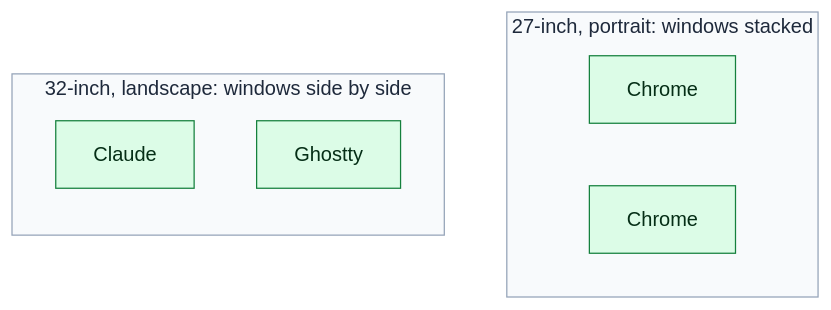
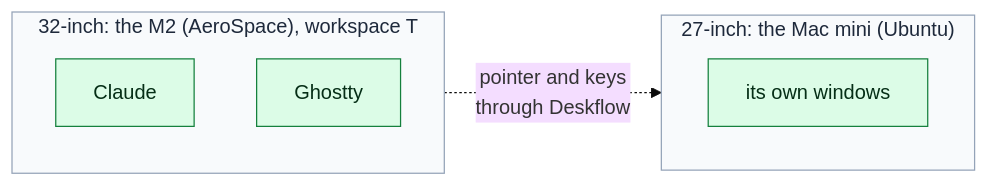
Before and after one commit to youngjae-lim/dotfiles: the first of 2 diagrams in docs/09-desktop.md, drawn with Mermaid (base theme). The commit also changed other lines of this file and 8 other files, not shown here.

First line of the commit message:
feat(linux): AeroSpace-style workspace keys on the Ubuntu spares; Deskflow guide

````diff
--- a/docs/09-desktop.md
+++ b/docs/09-desktop.md
@@ -15,17 +15,16 @@
 ```mermaid
 flowchart LR
-    subgraph BIG["32-inch, landscape: windows side by side"]
+    subgraph BIG["32-inch: the M2 (AeroSpace), workspace T"]
         direction TB
         T1["Claude"]:::output
         T2["Ghostty"]:::output
     end
-    subgraph SMALL["27-inch, portrait: windows stacked"]
+    subgraph SMALL["27-inch: the Mac mini (Ubuntu)"]
         direction LR
-        B1["Chrome"]:::output
-        B2["Chrome"]:::output
+        B1["its own windows"]:::output
     end
-    BIG ~~~ SMALL
+    BIG -.->|"pointer and keys<br/>through Deskflow"| SMALL
     classDef output fill:#dcfce7,stroke:#15803d,color:#052e16
     style BIG fill:#f8fafc,stroke:#94a3b8,color:#1e293b
     style SMALL fill:#f8fafc,stroke:#94a3b8,color:#1e293b
 ```
````
